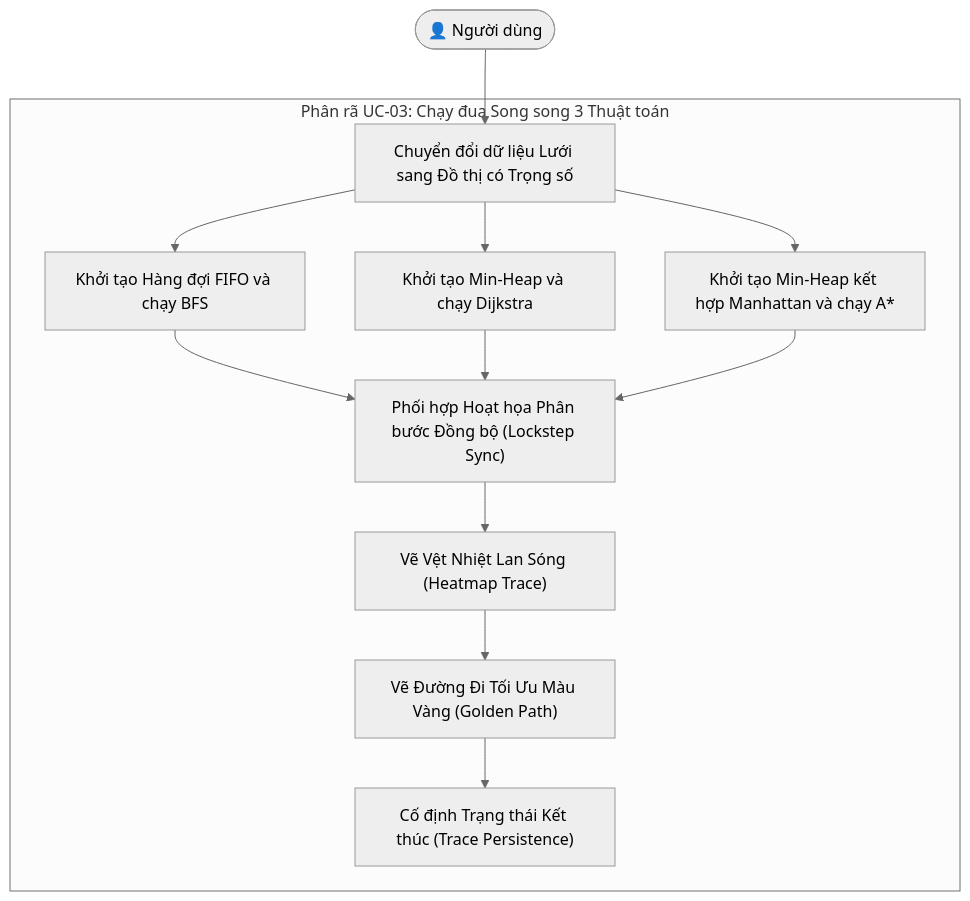
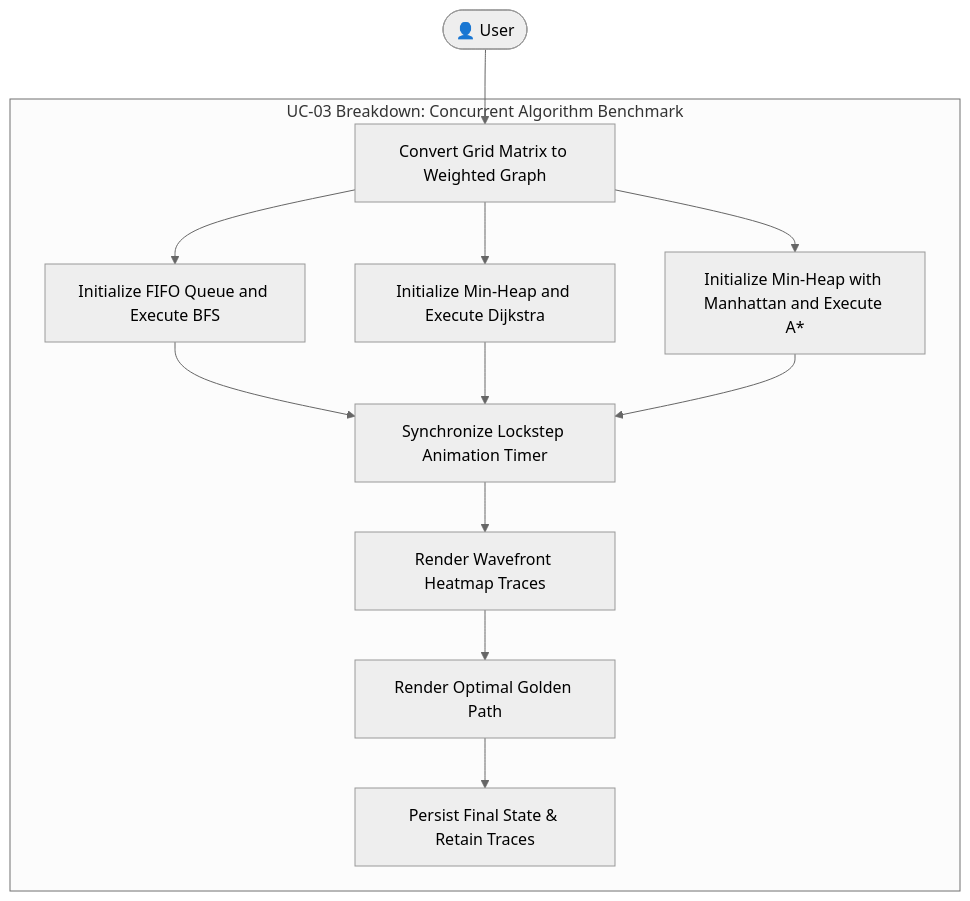
The second of 7 diagrams in docs/PathQuest_Technical_Analysis.md (minhduc01168/pathfinding-visualizer-3d), drawn with Mermaid (neutral theme) before and after one commit. The commit also changed other lines of this file and 1 other file, not shown here.

Commit message:
docs: standardize Mermaid diagrams to English and fix rendering syntax errors

````diff
--- a/docs/PathQuest_Technical_Analysis.md
+++ b/docs/PathQuest_Technical_Analysis.md
@@ -264,26 +264,26 @@
 ```mermaid
-graph TD
-    User(["👤 Người dùng"])
+flowchart TD
+    User(["👤 User"])
     
-    subgraph UC3_Detail["Phân rã UC-03: Chạy đua Song song 3 Thuật toán"]
-        UC3_1["Chuyển đổi dữ liệu Lưới sang Đồ thị có Trọng số"]
-        UC3_2["Khởi tạo Hàng đợi FIFO và chạy BFS"]
-        UC3_3["Khởi tạo Min-Heap và chạy Dijkstra"]
-        UC3_4["Khởi tạo Min-Heap kết hợp Manhattan và chạy A*"]
-        UC3_5["Phối hợp Hoạt họa Phân bước Đồng bộ (Lockstep Sync)"]
-        UC3_6["Vẽ Vệt Nhiệt Lan Sóng (Heatmap Trace)"]
-        UC3_7["Vẽ Đường Đi Tối Ưu Màu Vàng (Golden Path)"]
-        UC3_8["Cố định Trạng thái Kết thúc (Trace Persistence)"]
+    subgraph UC3_Detail["UC-03 Breakdown: Concurrent Algorithm Benchmark"]
+        UC3_1["Convert Grid Matrix to Weighted Graph"]
+        UC3_2["Initialize FIFO Queue and Execute BFS"]
+        UC3_3["Initialize Min-Heap and Execute Dijkstra"]
+        UC3_4["Initialize Min-Heap with Manhattan and Execute A*"]
+        UC3_5["Synchronize Lockstep Animation Timer"]
+        UC3_6["Render Wavefront Heatmap Traces"]
+        UC3_7["Render Optimal Golden Path"]
+        UC3_8["Persist Final State & Retain Traces"]
     end
 
     User --> UC3_1
     UC3_1 --> UC3_2
     UC3_1 --> UC3_3
     UC3_1 --> UC3_4
     UC3_2 --> UC3_5
     UC3_3 --> UC3_5
     UC3_4 --> UC3_5
     UC3_5 --> UC3_6
     UC3_6 --> UC3_7
     UC3_7 --> UC3_8
 ```
````
